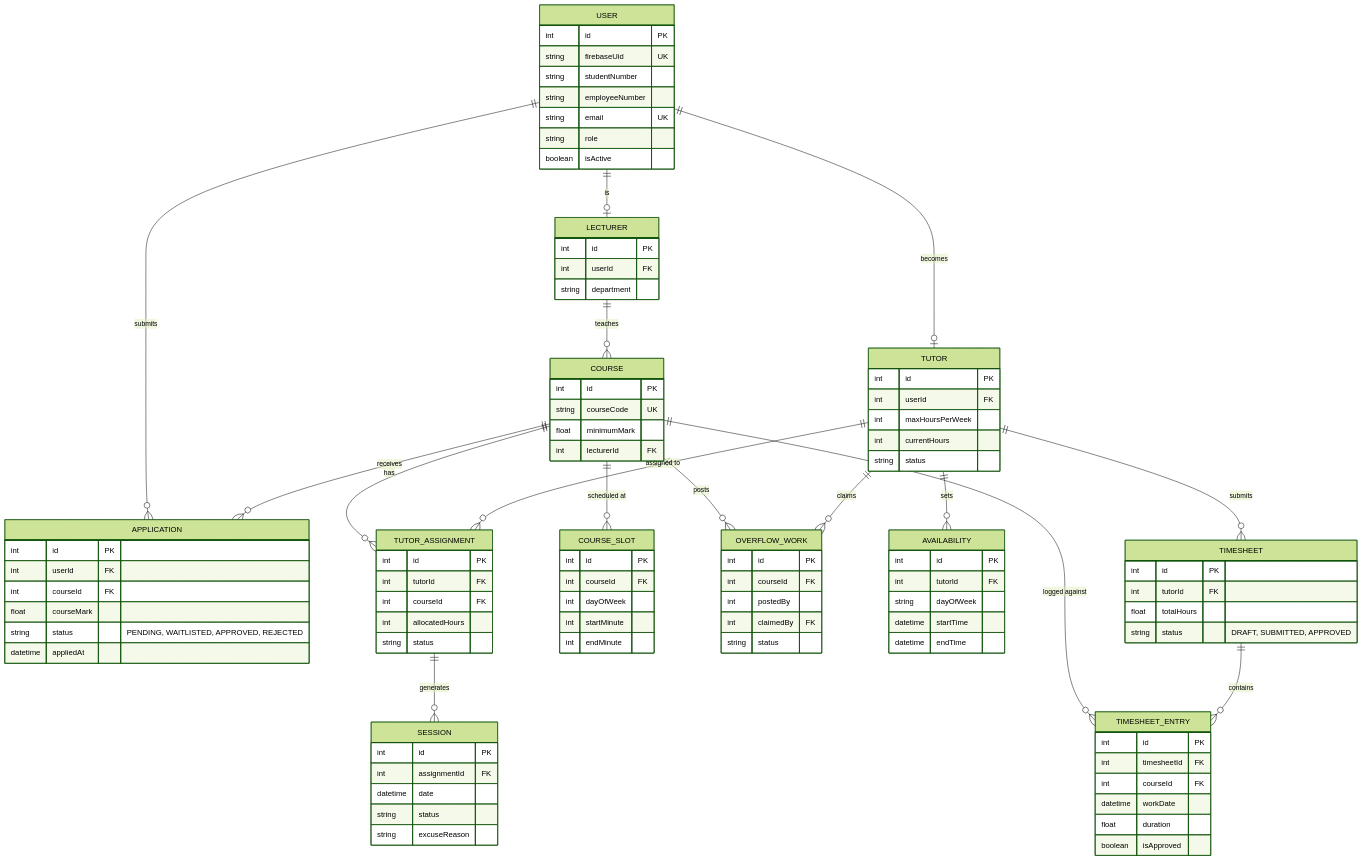
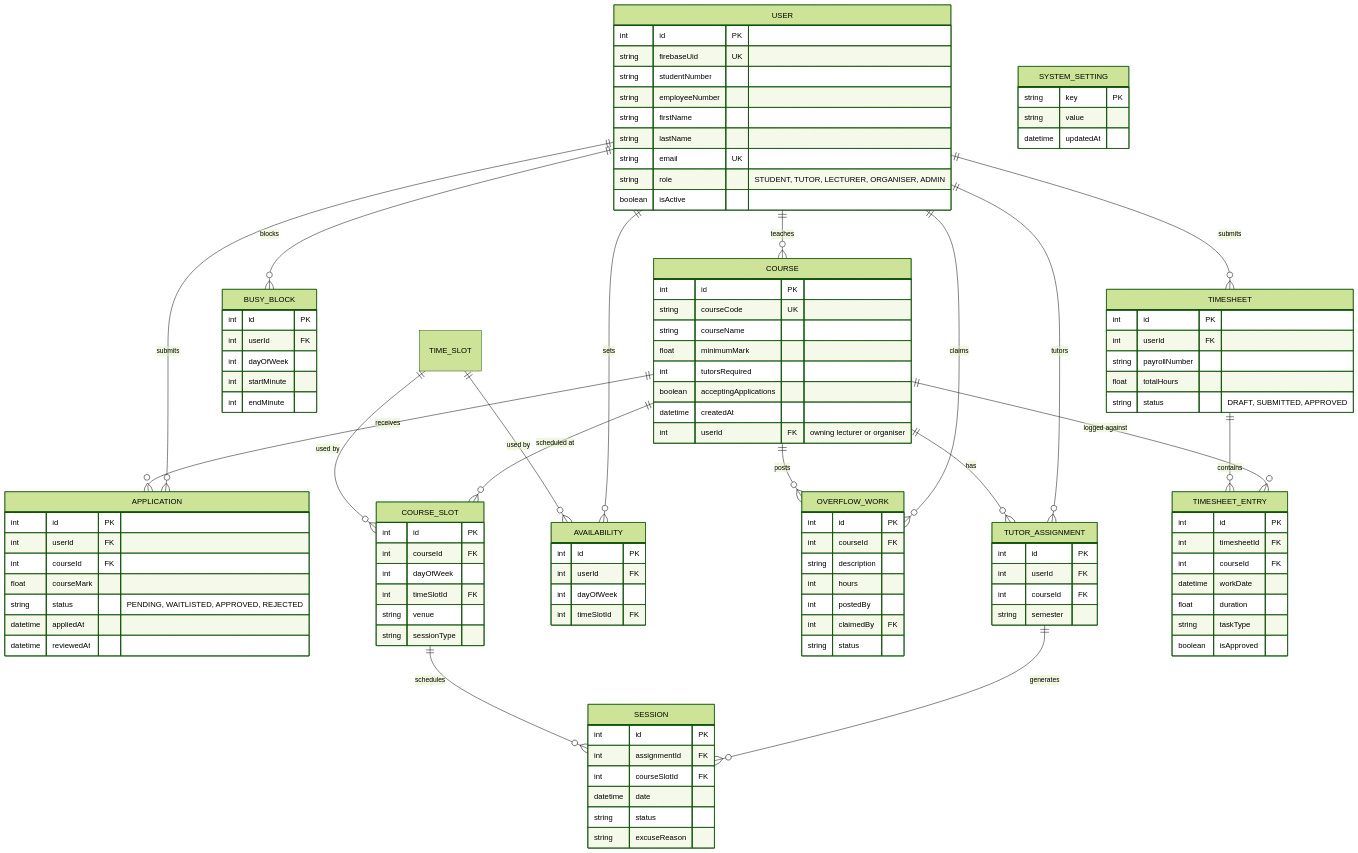
The diagram in docs/docs/diagrams/er-diagram.md (kompile-n-konquer/Tutor-Management-System), drawn with Mermaid (forest theme) before and after one commit. The commit also changed other lines of this file and 10 other files, not shown here.

Commit message:
fix: check the allocated hours of a user before assigning them

````diff
--- a/docs/docs/diagrams/er-diagram.md
+++ b/docs/docs/diagrams/er-diagram.md
@@ -9,31 +9,34 @@
 ```mermaid
 erDiagram
-  USER ||--o| TUTOR : "becomes"
-  USER ||--o| LECTURER : "is"
   USER ||--o{ APPLICATION : "submits"
+  USER ||--o{ COURSE : "teaches"
+  USER ||--o{ TUTOR_ASSIGNMENT : "tutors"
+  USER ||--o{ AVAILABILITY : "sets"
+  USER ||--o{ BUSY_BLOCK : "blocks"
+  USER ||--o{ TIMESHEET : "submits"
+  USER ||--o{ OVERFLOW_WORK : "claims"
 
-  LECTURER ||--o{ COURSE : "teaches"
   COURSE ||--o{ APPLICATION : "receives"
   COURSE ||--o{ TUTOR_ASSIGNMENT : "has"
   COURSE ||--o{ COURSE_SLOT : "scheduled at"
   COURSE ||--o{ OVERFLOW_WORK : "posts"
   COURSE ||--o{ TIMESHEET_ENTRY : "logged against"
 
-  TUTOR ||--o{ TUTOR_ASSIGNMENT : "assigned to"
-  TUTOR ||--o{ AVAILABILITY : "sets"
-  TUTOR ||--o{ TIMESHEET : "submits"
-  TUTOR ||--o{ OVERFLOW_WORK : "claims"
-
   TUTOR_ASSIGNMENT ||--o{ SESSION : "generates"
+  COURSE_SLOT ||--o{ SESSION : "schedules"
   TIMESHEET ||--o{ TIMESHEET_ENTRY : "contains"
+  TIME_SLOT ||--o{ AVAILABILITY : "used by"
+  TIME_SLOT ||--o{ COURSE_SLOT : "used by"
 
   USER {
     int id PK
     string firebaseUid UK
     string studentNumber
     string employeeNumber
+    string firstName
+    string lastName
     string email UK
-    string role
+    string role "STUDENT, TUTOR, LECTURER, ORGANISER, ADMIN"
     boolean isActive
   }
   APPLICATION {
@@ -43,56 +46,57 @@
     float courseMark
     string status "PENDING, WAITLISTED, APPROVED, REJECTED"
     datetime appliedAt
-  }
-  LECTURER {
-    int id PK
-    int userId FK
-    string department
+    datetime reviewedAt
   }
   COURSE {
     int id PK
     string courseCode UK
+    string courseName
     float minimumMark
-    int lecturerId FK
-  }
-  TUTOR {
-    int id PK
-    int userId FK
-    int maxHoursPerWeek
-    int currentHours
-    string status
+    int tutorsRequired
+    boolean acceptingApplications
+    datetime createdAt
+    int userId FK "owning lecturer or organiser"
   }
   TUTOR_ASSIGNMENT {
     int id PK
-    int tutorId FK
+    int userId FK
     int courseId FK
-    int allocatedHours
-    string status
+    string semester
   }
   AVAILABILITY {
     int id PK
-    int tutorId FK
-    string dayOfWeek
-    datetime startTime
-    datetime endTime
+    int userId FK
+    int dayOfWeek
+    int timeSlotId FK
+  }
+  BUSY_BLOCK {
+    int id PK
+    int userId FK
+    int dayOfWeek
+    int startMinute
+    int endMinute
   }
   COURSE_SLOT {
     int id PK
     int courseId FK
     int dayOfWeek
-    int startMinute
-    int endMinute
+    int timeSlotId FK
+    string venue
+    string sessionType
   }
   SESSION {
     int id PK
     int assignmentId FK
+    int courseSlotId FK
     datetime date
     string status
     string excuseReason
   }
   TIMESHEET {
     int id PK
-    int tutorId FK
+    int userId FK
+    string payrollNumber
     float totalHours
     string status "DRAFT, SUBMITTED, APPROVED"
   }
@@ -102,13 +106,21 @@
     int courseId FK
     datetime workDate
     float duration
+    string taskType
     boolean isApproved
   }
   OVERFLOW_WORK {
     int id PK
     int courseId FK
+    string description
+    int hours
     int postedBy
     int claimedBy FK
     string status
   }
+  SYSTEM_SETTING {
+    string key PK
+    string value
+    datetime updatedAt
+  }
 ```
````
